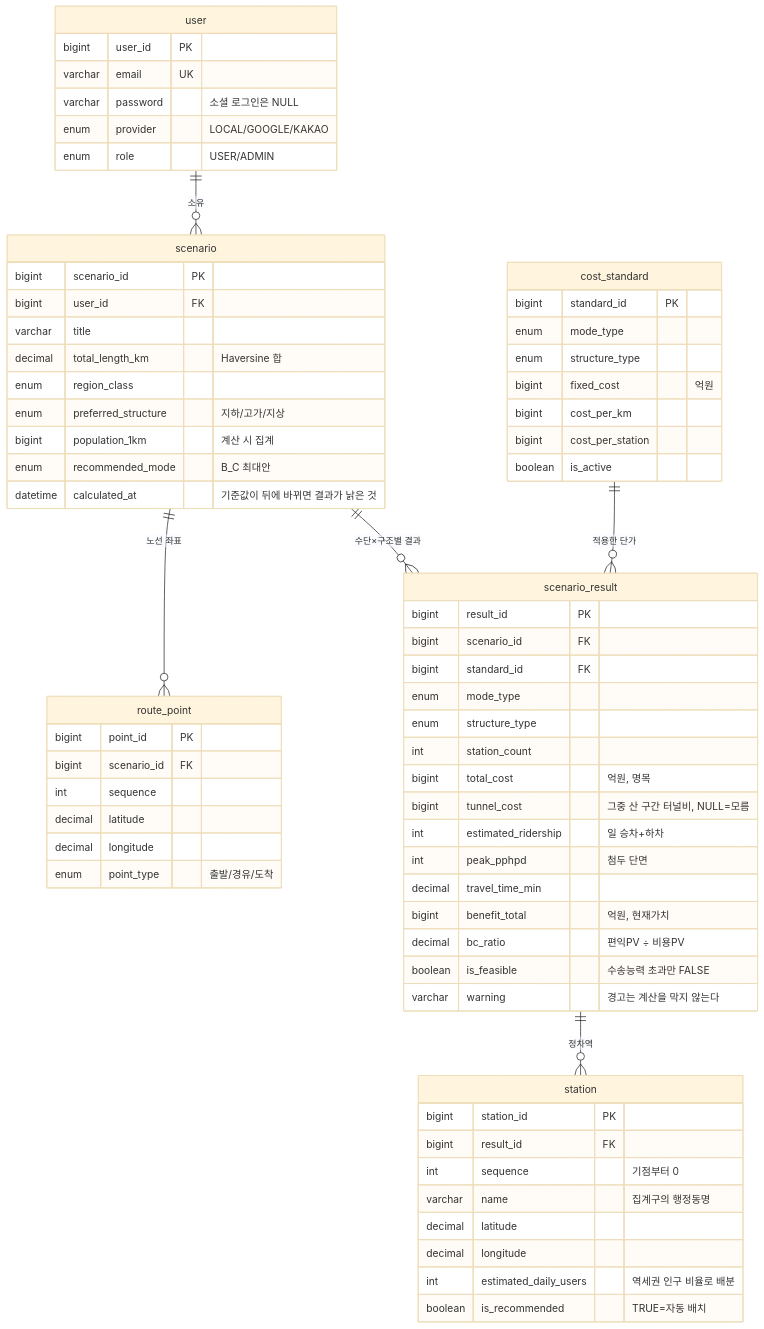
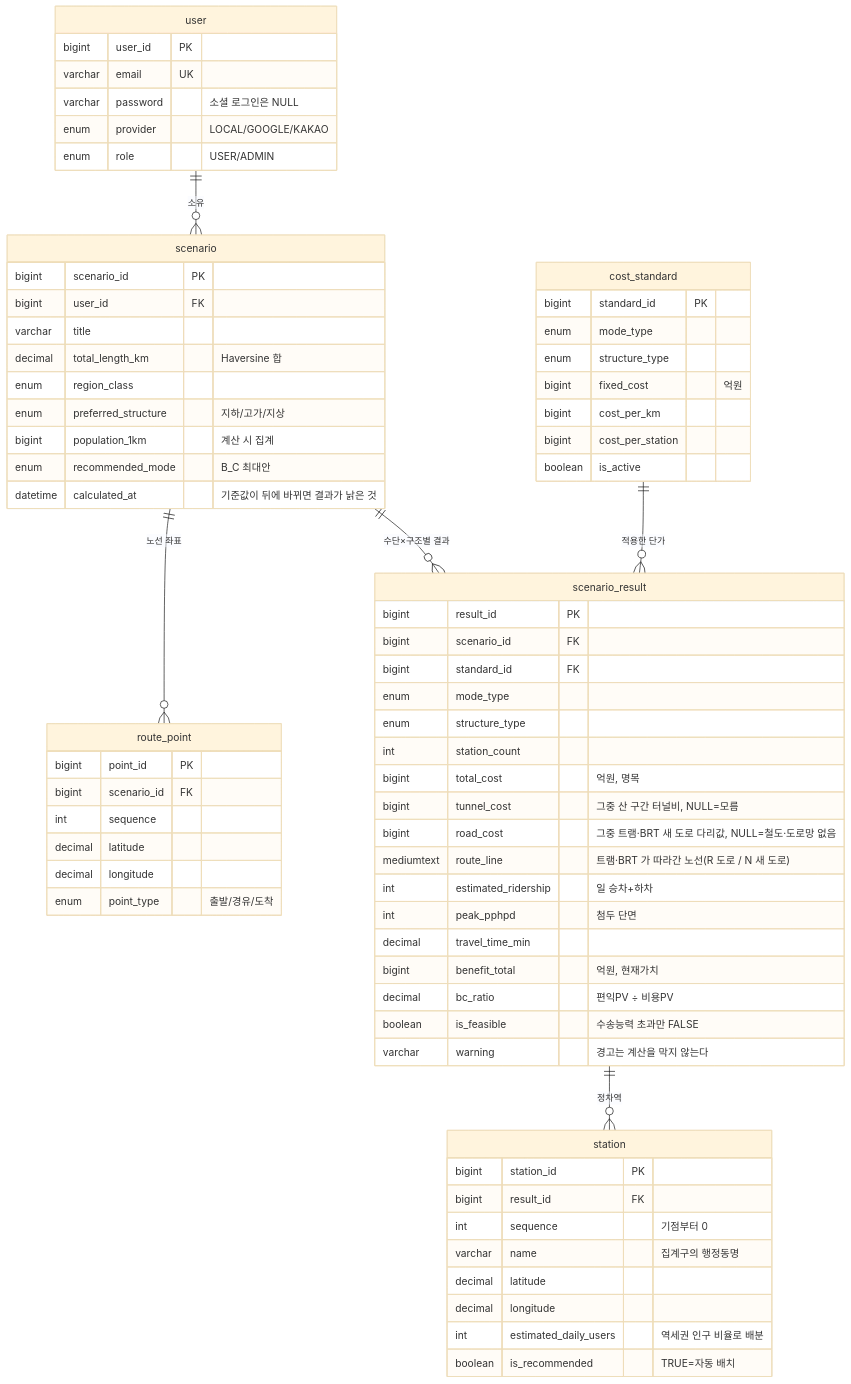
One commit to sinsun030508/Map-based-Urban-Rail-Feasibility-Simulator changed the first of 2 diagrams in docs/erd.md. Above: the diagram before and after it, drawn with Mermaid (base theme). The commit also changed 33 other files, not shown here.

````diff
--- a/docs/erd.md
+++ b/docs/erd.md
@@ -40,71 +40,73 @@
 ```mermaid
 erDiagram
     user ||--o{ scenario : "소유"
     scenario ||--o{ route_point : "노선 좌표"
     scenario ||--o{ scenario_result : "수단×구조별 결과"
     scenario_result ||--o{ station : "정차역"
     cost_standard ||--o{ scenario_result : "적용한 단가"
 
     user {
         bigint user_id PK
         varchar email UK
         varchar password "소셜 로그인은 NULL"
         enum provider "LOCAL/GOOGLE/KAKAO"
         enum role "USER/ADMIN"
     }
     scenario {
         bigint scenario_id PK
         bigint user_id FK
         varchar title
         decimal total_length_km "Haversine 합"
         enum region_class
         enum preferred_structure "지하/고가/지상"
         bigint population_1km "계산 시 집계"
         enum recommended_mode "B_C 최대안"
         datetime calculated_at "기준값이 뒤에 바뀌면 결과가 낡은 것"
     }
     route_point {
         bigint point_id PK
         bigint scenario_id FK
         int sequence
         decimal latitude
         decimal longitude
         enum point_type "출발/경유/도착"
     }
     scenario_result {
         bigint result_id PK
         bigint scenario_id FK
         bigint standard_id FK
         enum mode_type
         enum structure_type
         int station_count
         bigint total_cost "억원, 명목"
         bigint tunnel_cost "그중 산 구간 터널비, NULL=모름"
+        bigint road_cost "그중 트램·BRT 새 도로 다리값, NULL=철도·도로망 없음"
+        mediumtext route_line "트램·BRT 가 따라간 노선(R 도로 / N 새 도로)"
         int estimated_ridership "일 승차+하차"
         int peak_pphpd "첨두 단면"
         decimal travel_time_min
         bigint benefit_total "억원, 현재가치"
         decimal bc_ratio "편익PV ÷ 비용PV"
         boolean is_feasible "수송능력 초과만 FALSE"
         varchar warning "경고는 계산을 막지 않는다"
     }
     station {
         bigint station_id PK
         bigint result_id FK
         int sequence "기점부터 0"
         varchar name "집계구의 행정동명"
         decimal latitude
         decimal longitude
         int estimated_daily_users "역세권 인구 비율로 배분"
         boolean is_recommended "TRUE=자동 배치"
     }
     cost_standard {
         bigint standard_id PK
         enum mode_type
         enum structure_type
         bigint fixed_cost "억원"
         bigint cost_per_km
         bigint cost_per_station
         boolean is_active
     }
 ```
````
